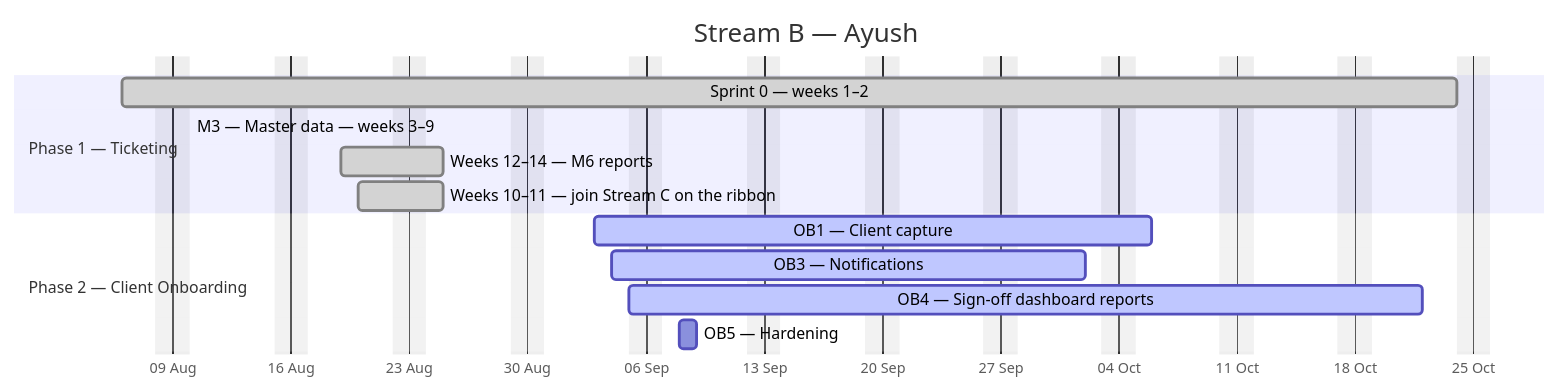
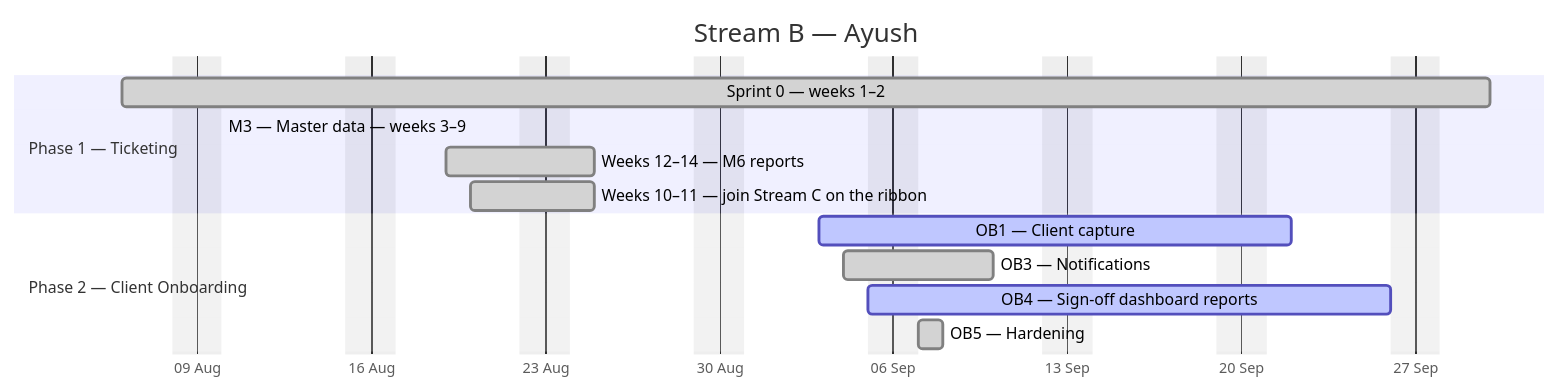
One commit to debashisedunext/EduTrack changed the second of 4 diagrams in docs/plan/GANTT.md. Above: the diagram before and after it, drawn with Mermaid. The commit also changed other lines of this file and 11 other files, not shown here.

````diff
--- a/docs/plan/GANTT.md
+++ b/docs/plan/GANTT.md
@@ -149,17 +143,17 @@
 ```mermaid
 gantt
     dateFormat YYYY-MM-DD
     axisFormat %d %b
     title Stream B — Ayush
     excludes weekends
     section Phase 1 — Ticketing
-    Sprint 0 — weeks 1–2 :done, b0, 2026-08-06, 57d
-    M3 — Master data — weeks 3–9 :done, b1, 2026-08-10, -44d
+    Sprint 0 — weeks 1–2 :done, b0, 2026-08-06, 39d
+    M3 — Master data — weeks 3–9 :done, b1, 2026-08-10, -26d
     Weeks 12–14 — M6 reports :done, b2, 2026-08-19, 4d
     Weeks 10–11 — join Stream C on the ribbon :done, b3, 2026-08-20, 3d
     section Phase 2 — Client Onboarding
-    OB1 — Client capture :active, b4, 2026-09-03, 23d
-    OB3 — Notifications :active, b5, 2026-09-04, 20d
-    OB4 — Sign-off  dashboard  reports :active, b6, 2026-09-05, 34d
-    OB5 — Hardening :b7, 2026-09-08, 1d
+    OB1 — Client capture :active, b4, 2026-09-03, 13d
+    OB3 — Notifications :done, b5, 2026-09-04, 4d
+    OB4 — Sign-off  dashboard  reports :active, b6, 2026-09-05, 16d
+    OB5 — Hardening :done, b7, 2026-09-07, 1d
 ```
````
